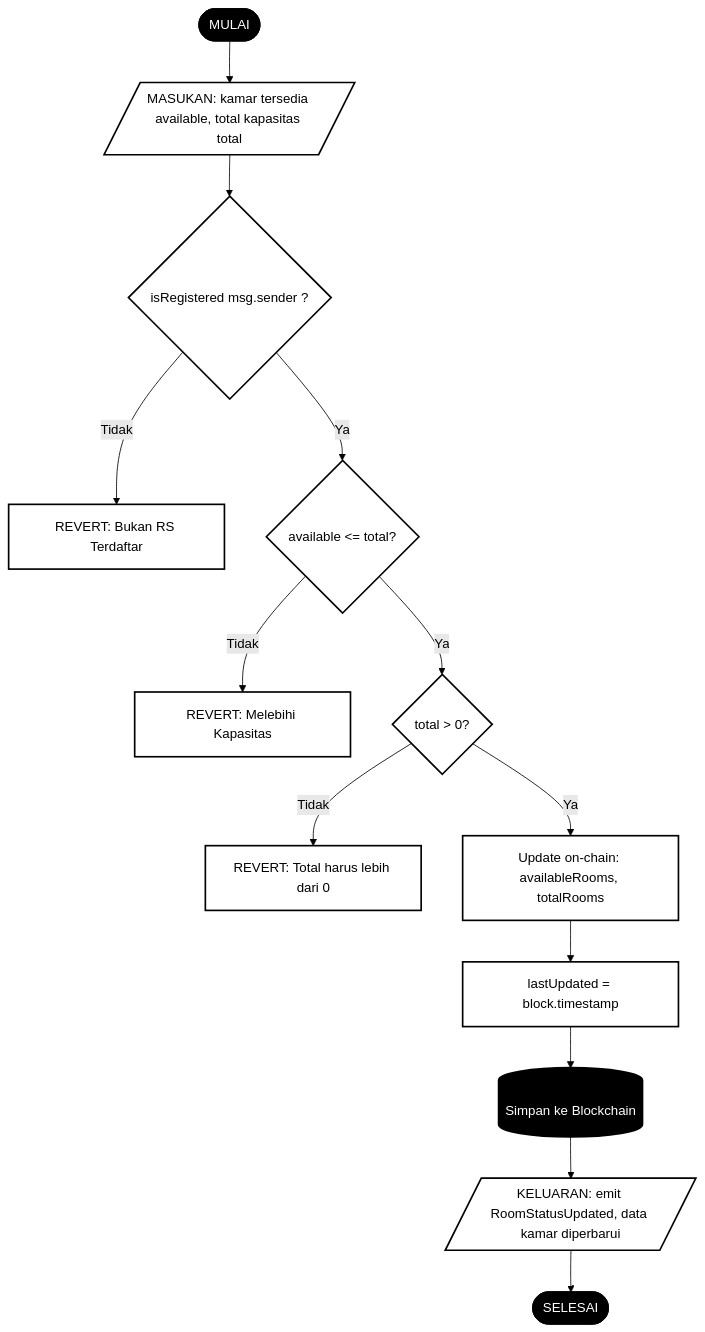
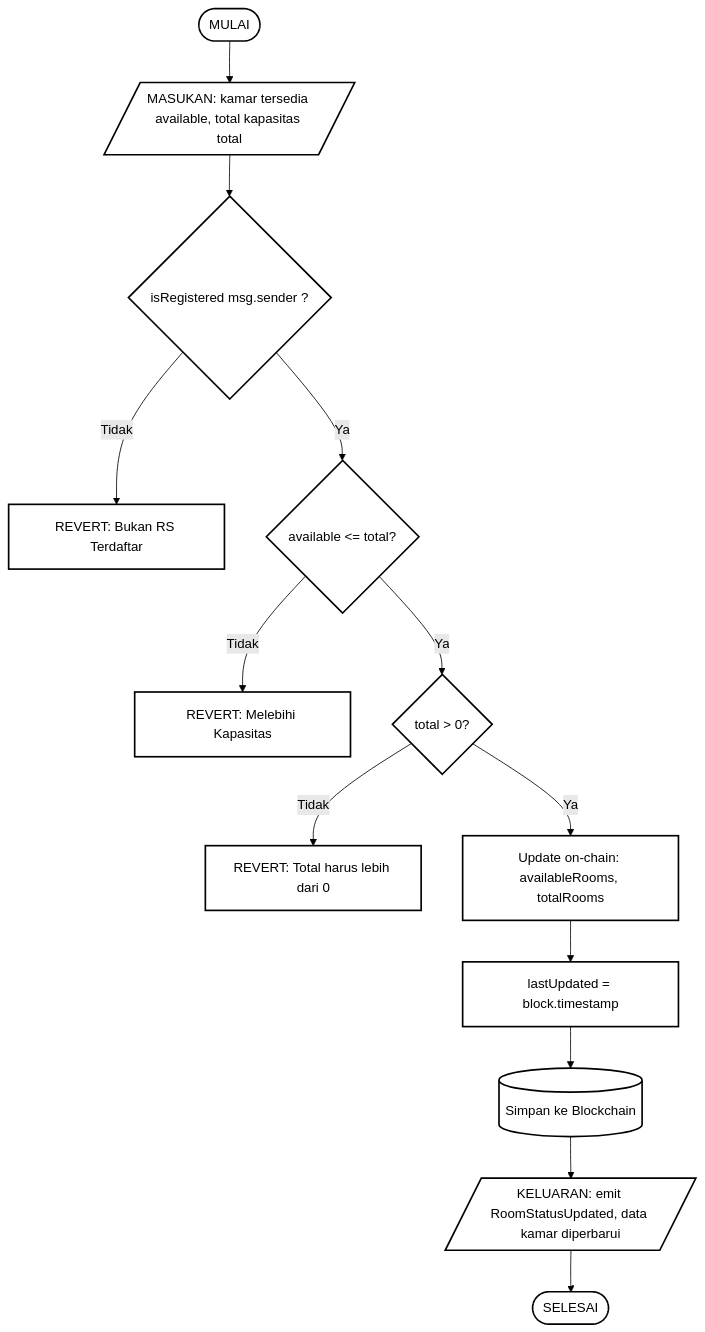
Before and after one commit to abuab234/Status-Ketersediaan-Kamar-RS: the fourth of 7 diagrams in readme/capstone_blockchain.md, drawn with Mermaid (forest theme). The commit also changed other lines of this file, not shown here.

````diff
--- a/readme/capstone_blockchain.md
+++ b/readme/capstone_blockchain.md
@@ -224,29 +224,29 @@
 ```mermaid
 flowchart TD
     B1([MULAI]) --> B2[/"MASUKAN: kamar tersedia available, total kapasitas total"/]
     B2 --> B3{"isRegistered msg.sender ?"}
     B3 -->|"Tidak"| BR1["REVERT: Bukan RS Terdaftar"]
     B3 -->|"Ya"| B4{"available <= total?"}
     B4 -->|"Tidak"| BR2["REVERT: Melebihi Kapasitas"]
     B4 -->|"Ya"| B5{"total > 0?"}
     B5 -->|"Tidak"| BR3["REVERT: Total harus lebih dari 0"]
     B5 -->|"Ya"| B6["Update on-chain: availableRooms, totalRooms"]
     B6 --> B7["lastUpdated = block.timestamp"]
     B7 --> BDB[("Simpan ke Blockchain")]
     BDB --> B8[/"KELUARAN: emit RoomStatusUpdated, data kamar diperbarui"/]
     B8 --> B9([SELESAI])
 
-    style B1 fill:#000,color:#fff,stroke:#000
-    style B9 fill:#000,color:#fff,stroke:#000
-    style BR1 fill:#fff,color:#000,stroke:#000,stroke-width:2px
-    style BR2 fill:#fff,color:#000,stroke:#000,stroke-width:2px
-    style BR3 fill:#fff,color:#000,stroke:#000,stroke-width:2px
-    style B3 fill:#fff,color:#000,stroke:#000,stroke-width:2px
-    style B4 fill:#fff,color:#000,stroke:#000,stroke-width:2px
-    style B5 fill:#fff,color:#000,stroke:#000,stroke-width:2px
-    style B6 fill:#fff,color:#000,stroke:#000,stroke-width:2px
-    style B7 fill:#fff,color:#000,stroke:#000,stroke-width:2px
-    style B2 fill:#fff,color:#000,stroke:#000,stroke-width:2px
-    style B8 fill:#fff,color:#000,stroke:#000,stroke-width:2px
-    style BDB fill:#000,color:#fff,stroke:#000,stroke-width:3px
+    style B1 fill:none,color:#000,stroke:#000,stroke-width:2px
+    style B9 fill:none,color:#000,stroke:#000,stroke-width:2px
+    style BR1 fill:none,color:#000,stroke:#000,stroke-width:2px
+    style BR2 fill:none,color:#000,stroke:#000,stroke-width:2px
+    style BR3 fill:none,color:#000,stroke:#000,stroke-width:2px
+    style B3 fill:none,color:#000,stroke:#000,stroke-width:2px
+    style B4 fill:none,color:#000,stroke:#000,stroke-width:2px
+    style B5 fill:none,color:#000,stroke:#000,stroke-width:2px
+    style B6 fill:none,color:#000,stroke:#000,stroke-width:2px
+    style B7 fill:none,color:#000,stroke:#000,stroke-width:2px
+    style B2 fill:none,color:#000,stroke:#000,stroke-width:2px
+    style B8 fill:none,color:#000,stroke:#000,stroke-width:2px
+    style BDB fill:none,color:#000,stroke:#000,stroke-width:2px
 ```
````
